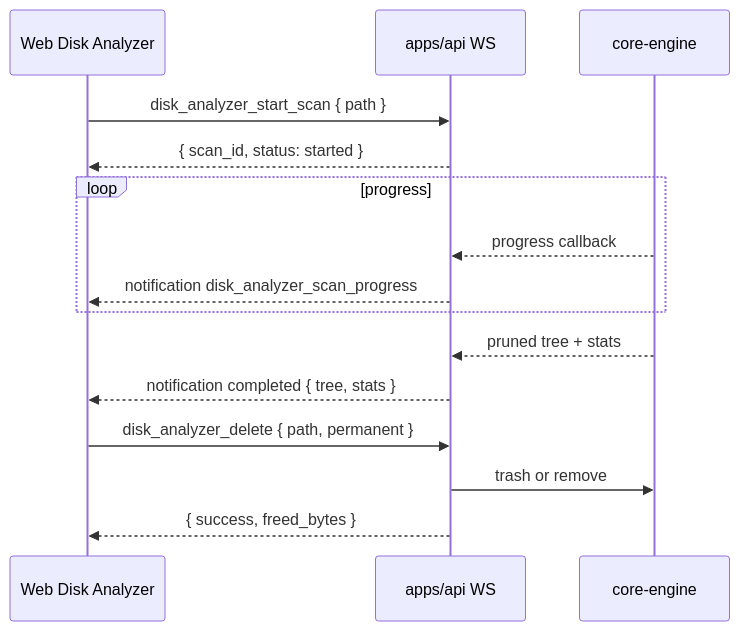
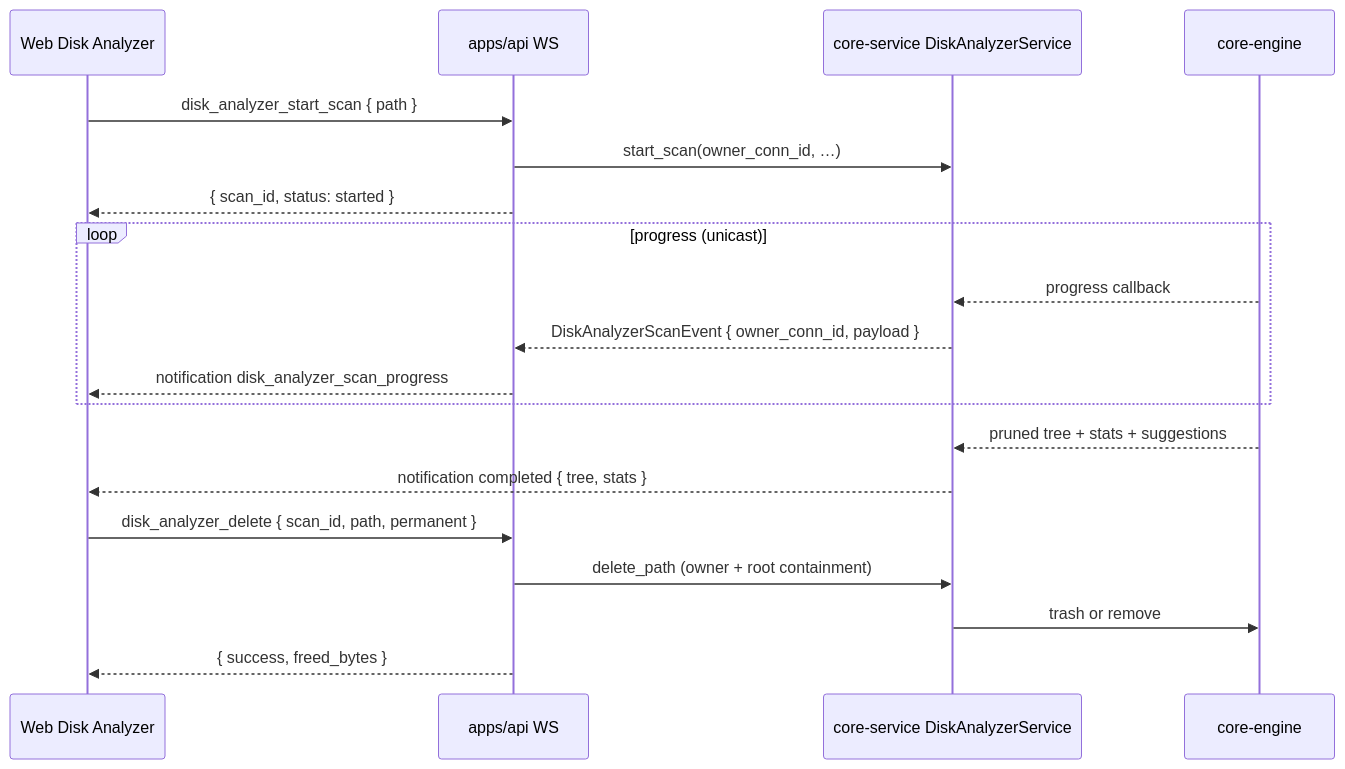
The diagram in specs/APP/APP-042_disk-analyzer/TECH.md (AruNi-01/atmos), drawn with Mermaid before and after one commit. The commit also changed other lines of this file and 20 other files, not shown here.

First line of the commit message:
fix(APP-042): address PR review security and architecture findings

````diff
--- a/specs/APP/APP-042_disk-analyzer/TECH.md
+++ b/specs/APP/APP-042_disk-analyzer/TECH.md
@@ -17,18 +19,22 @@
 ```mermaid
 sequenceDiagram
   participant UI as Web Disk Analyzer
   participant WS as apps/api WS
+  participant Svc as core-service DiskAnalyzerService
   participant Eng as core-engine
 
   UI->>WS: disk_analyzer_start_scan { path }
+  WS->>Svc: start_scan(owner_conn_id, …)
   WS-->>UI: { scan_id, status: started }
-  loop progress
-    Eng-->>WS: progress callback
+  loop progress (unicast)
+    Eng-->>Svc: progress callback
+    Svc-->>WS: DiskAnalyzerScanEvent { owner_conn_id, payload }
     WS-->>UI: notification disk_analyzer_scan_progress
   end
-  Eng-->>WS: pruned tree + stats
-  WS-->>UI: notification completed { tree, stats }
-  UI->>WS: disk_analyzer_delete { path, permanent }
-  WS->>Eng: trash or remove
+  Eng-->>Svc: pruned tree + stats + suggestions
+  Svc-->>UI: notification completed { tree, stats }
+  UI->>WS: disk_analyzer_delete { scan_id, path, permanent }
+  WS->>Svc: delete_path (owner + root containment)
+  Svc->>Eng: trash or remove
   WS-->>UI: { success, freed_bytes }
 ```
````
